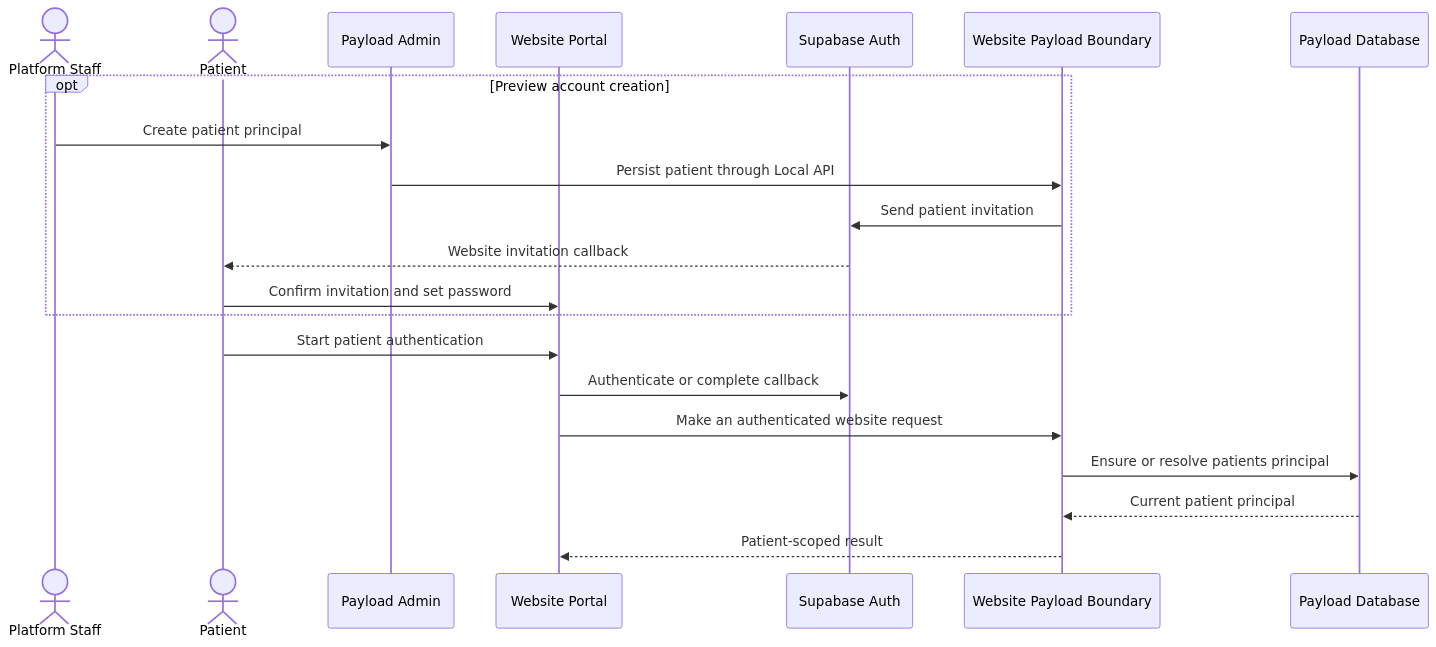
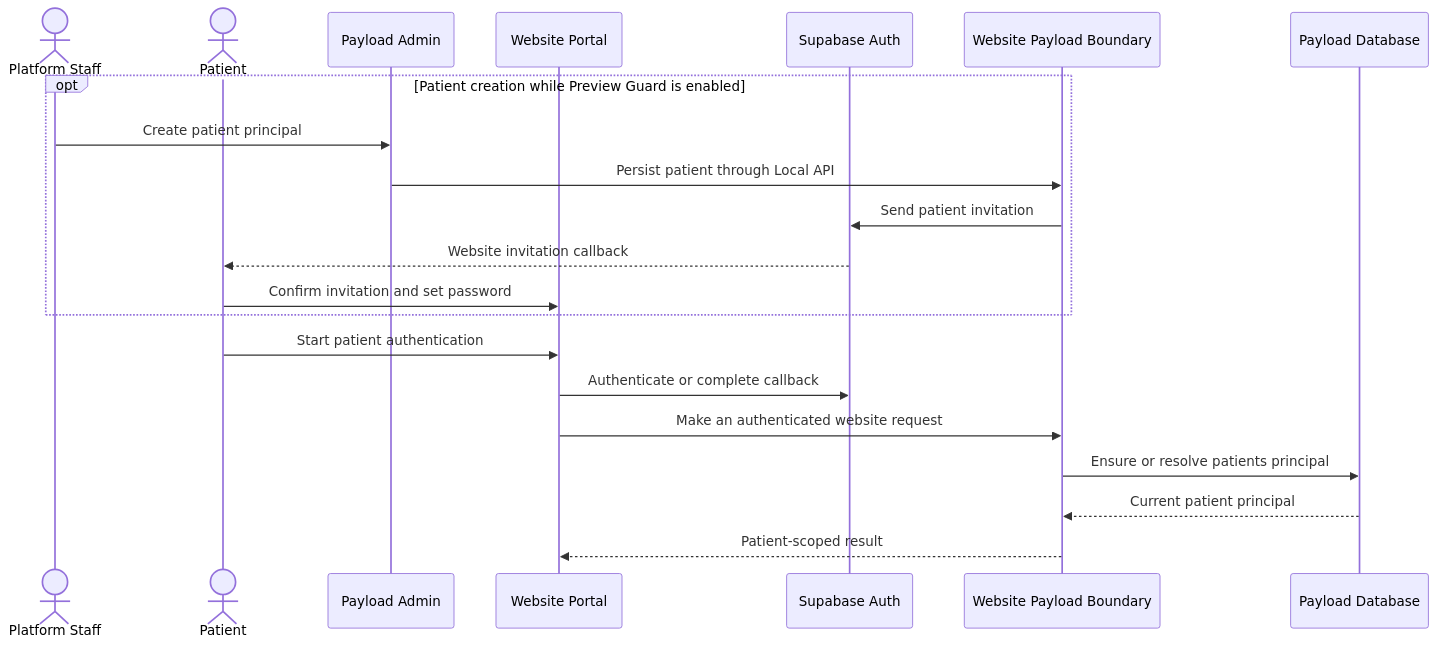
Before and after one commit to findmydoc-platform/website: the fourth of 4 diagrams in docs/security/auth-flow-diagram.md, drawn with Mermaid. The commit also changed other lines of this file and 13 other files, not shown here.

Commit message:
fix(auth): bind patient policy to Preview Guard

````diff
--- a/docs/security/auth-flow-diagram.md
+++ b/docs/security/auth-flow-diagram.md
@@ -94,24 +94,24 @@
 ```mermaid
 sequenceDiagram
     actor Platform as Platform Staff
     actor Patient
     participant Admin as Payload Admin
     participant Portal as Website Portal
     participant Supabase as Supabase Auth
     participant Payload as Website Payload Boundary
     participant DB as Payload Database
 
-    opt Preview account creation
+    opt Patient creation while Preview Guard is enabled
         Platform->>Admin: Create patient principal
         Admin->>Payload: Persist patient through Local API
         Payload->>Supabase: Send patient invitation
         Supabase-->>Patient: Website invitation callback
         Patient->>Portal: Confirm invitation and set password
     end
     Patient->>Portal: Start patient authentication
     Portal->>Supabase: Authenticate or complete callback
     Portal->>Payload: Make an authenticated website request
     Payload->>DB: Ensure or resolve patients principal
     DB-->>Payload: Current patient principal
     Payload-->>Portal: Patient-scoped result
 ```
````
